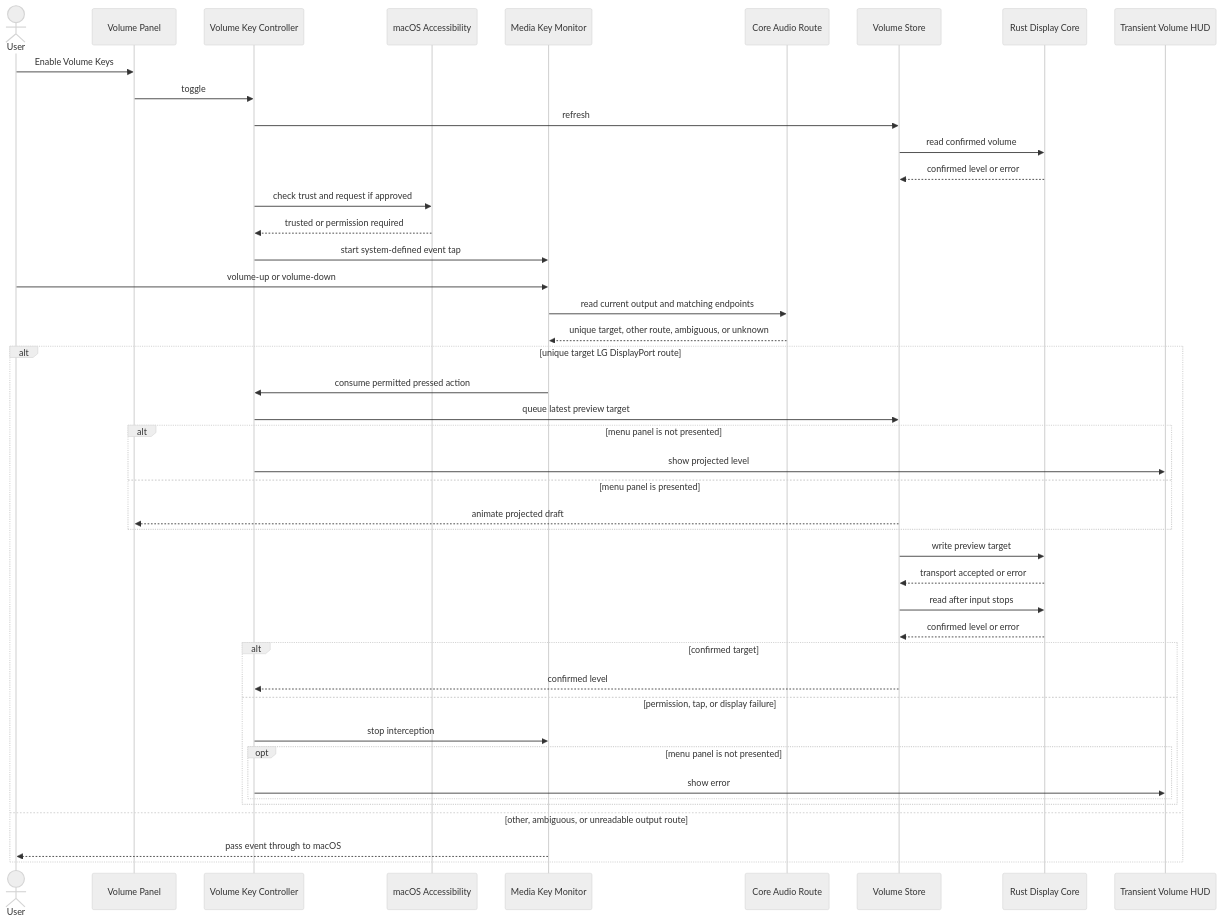
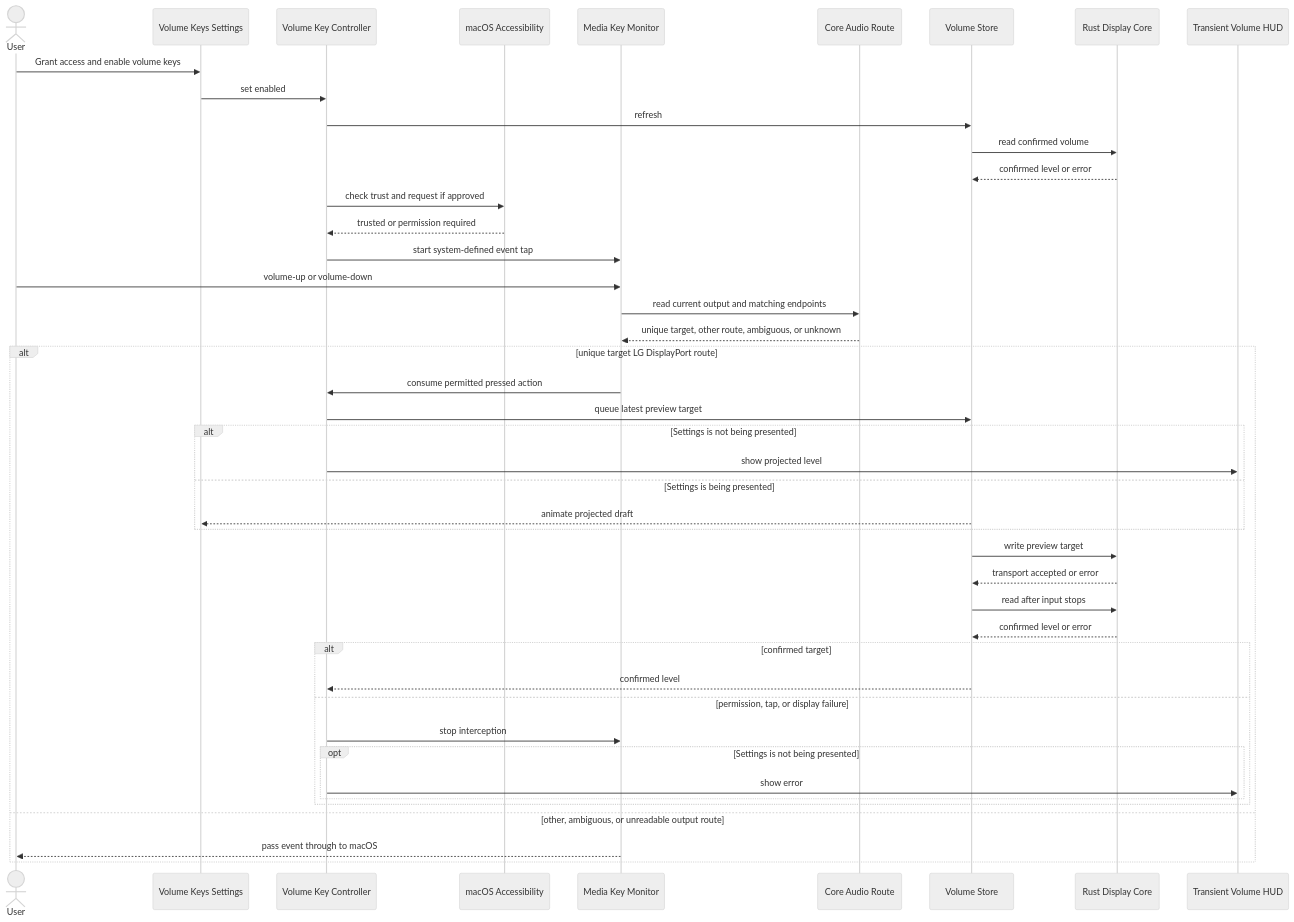
One commit to acg-box/deskhelm changed the third of 3 diagrams in openwiki/architecture-and-runtime.md. Above: the diagram before and after it, drawn with Mermaid (neutral theme). The commit also changed other lines of this file and 6 other files, not shown here.

Commit message:
{"schema":"decodex/commit/2","change":"Document native settings and menu workflows","authority":"manual","impact":"compatible"}

````diff
--- a/openwiki/architecture-and-runtime.md
+++ b/openwiki/architecture-and-runtime.md
@@ -156,47 +182,47 @@
 ```mermaid
 sequenceDiagram
     actor User
-    participant Panel as Volume Panel
+    participant Settings as Volume Keys Settings
     participant VKC as Volume Key Controller
     participant AX as macOS Accessibility
     participant Tap as Media Key Monitor
     participant Audio as Core Audio Route
     participant Store as Volume Store
     participant Core as Rust Display Core
     participant HUD as Transient Volume HUD
 
-    User->>Panel: Enable Volume Keys
-    Panel->>VKC: toggle
+    User->>Settings: Grant access and enable volume keys
+    Settings->>VKC: set enabled
     VKC->>Store: refresh
     Store->>Core: read confirmed volume
     Core-->>Store: confirmed level or error
     VKC->>AX: check trust and request if approved
     AX-->>VKC: trusted or permission required
     VKC->>Tap: start system-defined event tap
     User->>Tap: volume-up or volume-down
     Tap->>Audio: read current output and matching endpoints
     Audio-->>Tap: unique target, other route, ambiguous, or unknown
     alt unique target LG DisplayPort route
         Tap->>VKC: consume permitted pressed action
         VKC->>Store: queue latest preview target
-        alt menu panel is not presented
+        alt Settings is not being presented
             VKC->>HUD: show projected level
-        else menu panel is presented
-            Store-->>Panel: animate projected draft
+        else Settings is being presented
+            Store-->>Settings: animate projected draft
         end
         Store->>Core: write preview target
         Core-->>Store: transport accepted or error
         Store->>Core: read after input stops
         Core-->>Store: confirmed level or error
         alt confirmed target
             Store-->>VKC: confirmed level
         else permission, tap, or display failure
             VKC->>Tap: stop interception
-            opt menu panel is not presented
+            opt Settings is not being presented
                 VKC->>HUD: show error
             end
         end
     else other, ambiguous, or unreadable output route
         Tap-->>User: pass event through to macOS
     end
 ```
````
